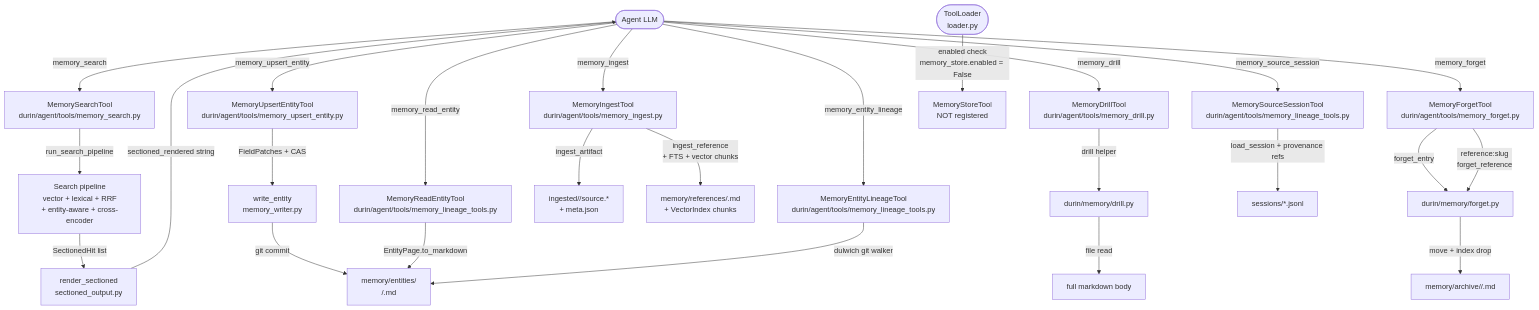
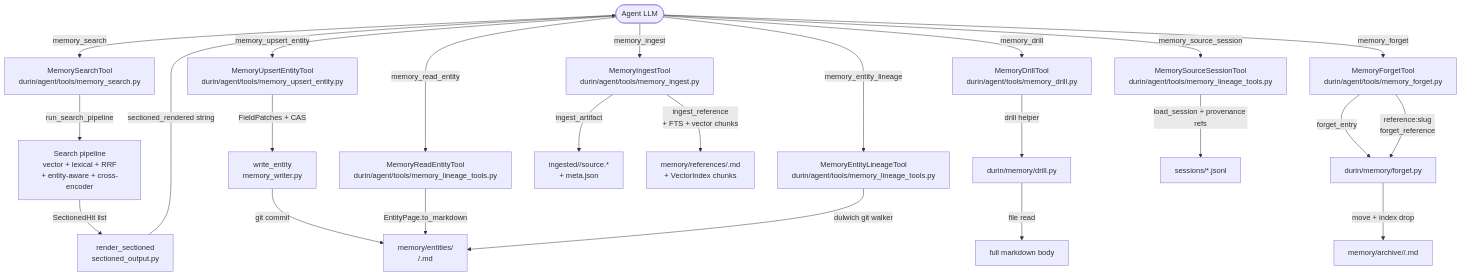
The diagram in docs/internals/memory/04_agent_tools.md (mmarmol/durin), drawn with Mermaid before and after one commit. The commit also changed other lines of this file and 59 other files, not shown here.

First line of the commit message:
feat(memory): every write reaches both indexes; memory_store removed (retrieval strategy, PR C) (#593)

````diff
--- a/docs/internals/memory/04_agent_tools.md
+++ b/docs/internals/memory/04_agent_tools.md
@@ -59,37 +58,34 @@
 ```mermaid
 flowchart TD
     LLM([Agent LLM])
 
     LLM -->|memory_search| MS[MemorySearchTool\ndurin/agent/tools/memory_search.py]
     LLM -->|memory_upsert_entity| MUE[MemoryUpsertEntityTool\ndurin/agent/tools/memory_upsert_entity.py]
     LLM -->|memory_ingest| MI[MemoryIngestTool\ndurin/agent/tools/memory_ingest.py]
     LLM -->|memory_drill| MD[MemoryDrillTool\ndurin/agent/tools/memory_drill.py]
     LLM -->|memory_forget| MF[MemoryForgetTool\ndurin/agent/tools/memory_forget.py]
     LLM -->|memory_read_entity| MRE[MemoryReadEntityTool\ndurin/agent/tools/memory_lineage_tools.py]
     LLM -->|memory_entity_lineage| MEL[MemoryEntityLineageTool\ndurin/agent/tools/memory_lineage_tools.py]
     LLM -->|memory_source_session| MSS[MemorySourceSessionTool\ndurin/agent/tools/memory_lineage_tools.py]
 
     MS -->|run_search_pipeline| SP[Search pipeline\nvector + lexical + RRF\n+ entity-aware + cross-encoder]
     SP -->|SectionedHit list| SR[render_sectioned\nsectioned_output.py]
     SR -->|sectioned_rendered string| LLM
 
     MUE -->|FieldPatches + CAS| WE[write_entity\nmemory_writer.py]
     WE -->|git commit| ENT["memory/entities/\n<type>/<slug>.md"]
 
     MI -->|ingest_artifact| IA["ingested/<id>/source.*\n+ meta.json"]
     MI -->|ingest_reference\n+ FTS + vector chunks| REF["memory/references/<slug>.md\n+ VectorIndex chunks"]
 
     MD -->|drill helper| DR[durin/memory/drill.py]
     DR -->|file read| BODY[full markdown body]
 
     MF -->|forget_entry| FE[durin/memory/forget.py]
     MF -->|reference:slug\nforget_reference| FE
     FE -->|move + index drop| ARC["memory/archive/<class-or-references>/<id>.md"]
 
     MRE -->|EntityPage.to_markdown| ENT
     MEL -->|dulwich git walker| ENT
     MSS -->|load_session + provenance refs| SESS["sessions/*.jsonl"]
-
-    LOADER([ToolLoader\nloader.py])
-    LOADER -->|enabled check\nmemory_store.enabled = False| SKIP[MemoryStoreTool\nNOT registered]
 ```
````
